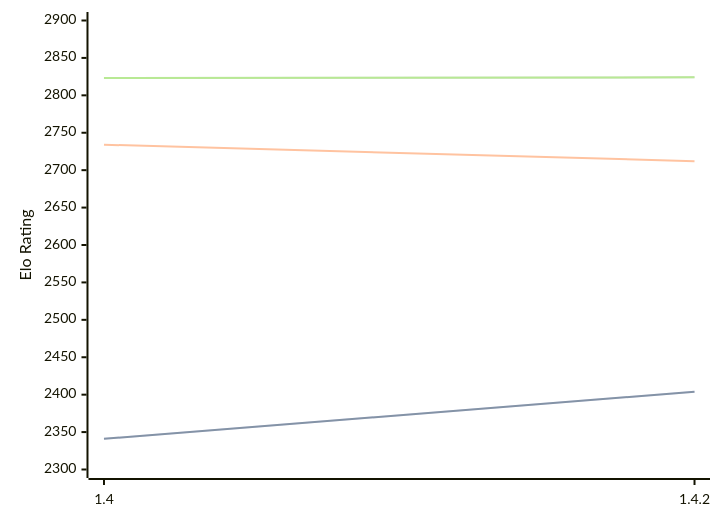
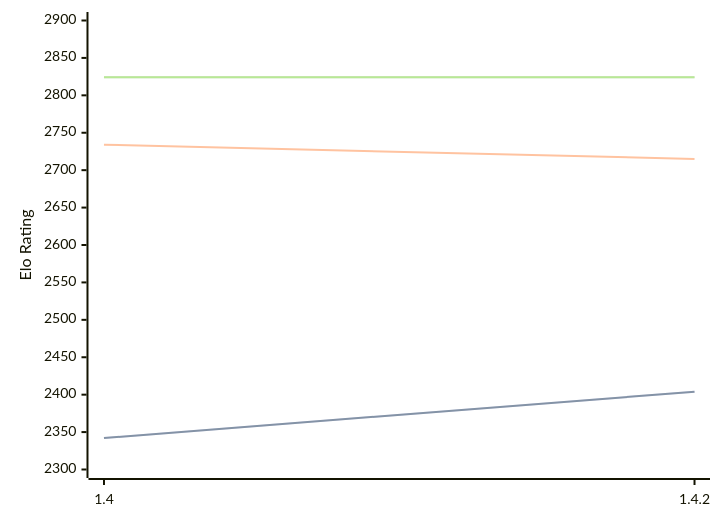
One commit to computer-chess-index/cci changed the diagram in engines/Spike.md. Above: the diagram before and after it, drawn with Mermaid. The commit also changed other lines of this file, not shown here.

Commit message:
Update CCI Ratings (ELO VLTC) - 2026-09-06

````diff
--- a/engines/Spike.md
+++ b/engines/Spike.md
@@ -32,11 +32,11 @@
 ```mermaid
 %%{init: {"theme":"base","themeVariables":{"seriesColors:['#a3a3a3','#222221','#faa371']}}}%%
 xychart-beta
   x-axis ["1.4", "1.4.2"]
   y-axis "Elo Rating" 2300 --> 2900
-  line "" [2341, 2404]
-  line "STC (8.0+0.08s)" [2341, 2404]
-  line "LTC (60.0+0.60s)" [2734, 2712]
-  line "" [2823, 2824]
-  line "VLTC (2m24s+1.12s)" [2823, 2824]
+  line "" [2342, 2404]
+  line "STC (8.0+0.08s)" [2342, 2404]
+  line "LTC (60.0+0.60s)" [2734, 2715]
+  line "" [2824, 2824]
+  line "VLTC (2m24s+1.12s)" [2824, 2824]
 ```
````
